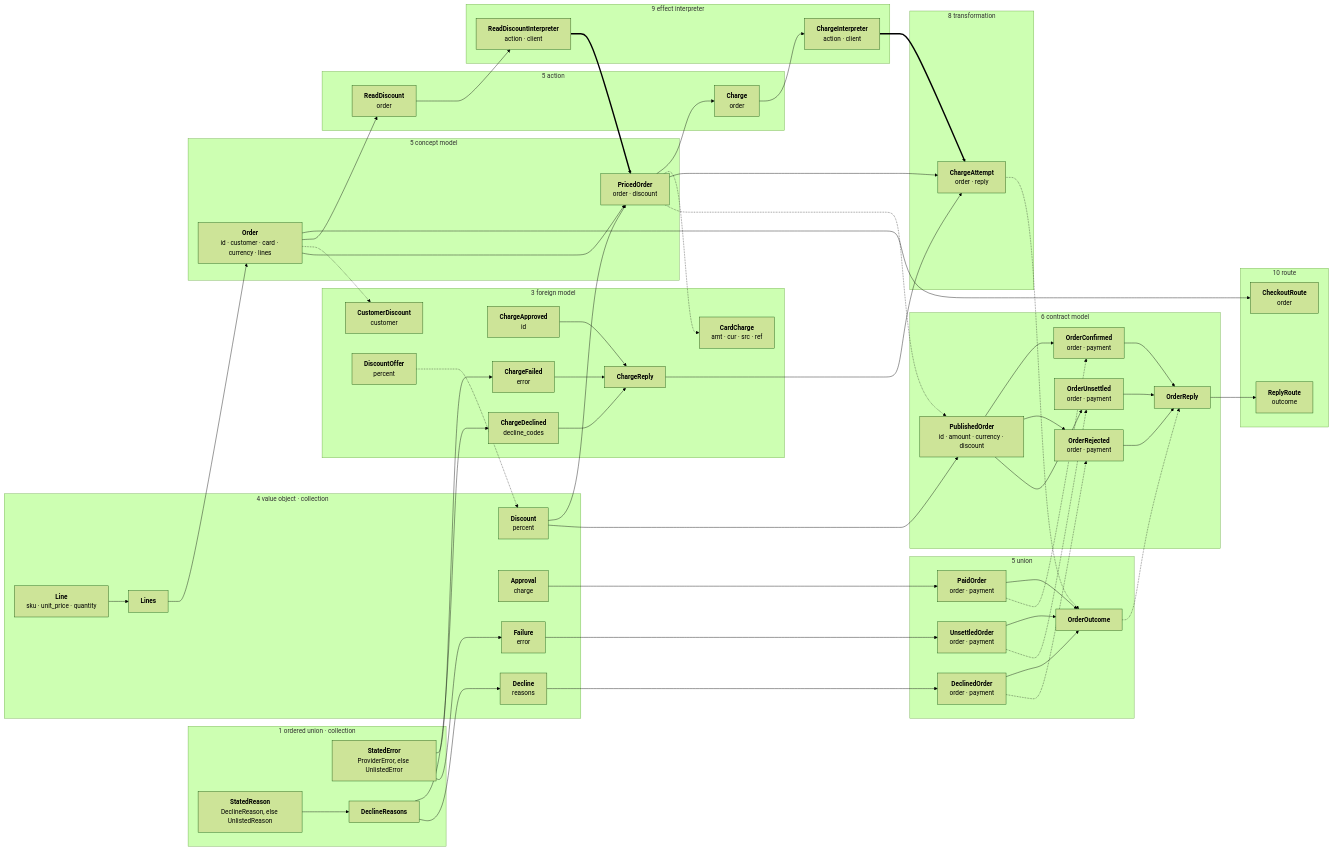
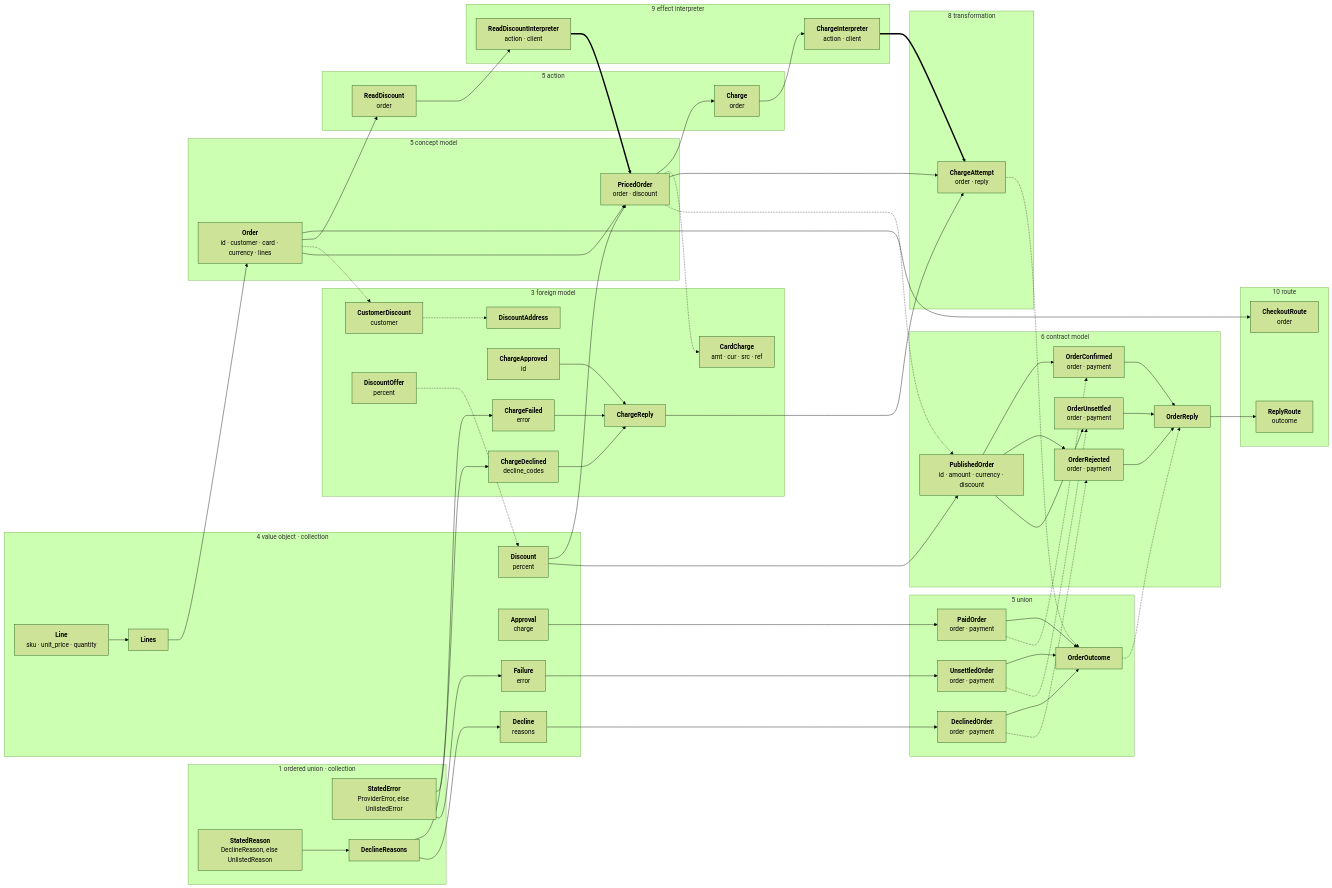
Before and after one commit to kylejtobin/tca: the diagram in .agents/skills/python-dev-tca/SKILL.md, drawn with Mermaid (forest theme). The commit also changed 8 other files, not shown here.

```diff
--- a/.agents/skills/python-dev-tca/SKILL.md
+++ b/.agents/skills/python-dev-tca/SKILL.md
@@ -42,6 +42,7 @@
     end
 
     subgraph g2["3 foreign model"]
+        DiscountAddress["<b>DiscountAddress</b>"]
         CustomerDiscount["<b>CustomerDiscount</b><br/>customer"]
         DiscountOffer["<b>DiscountOffer</b><br/>percent"]
         CardCharge["<b>CardCharge</b><br/>amt · cur · src · ref"]
@@ -103,6 +104,7 @@
     Line --> Lines --> Order --> CheckoutRoute
     Order --> ReadDiscount --> ReadDiscountInterpreter ==> PricedOrder
     Order -.-> CustomerDiscount
+    CustomerDiscount -.-> DiscountAddress
     DiscountOffer -.-> Discount
     Order --> PricedOrder
     Discount --> PricedOrder
```
